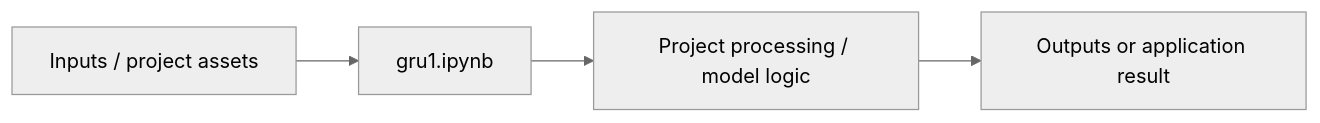
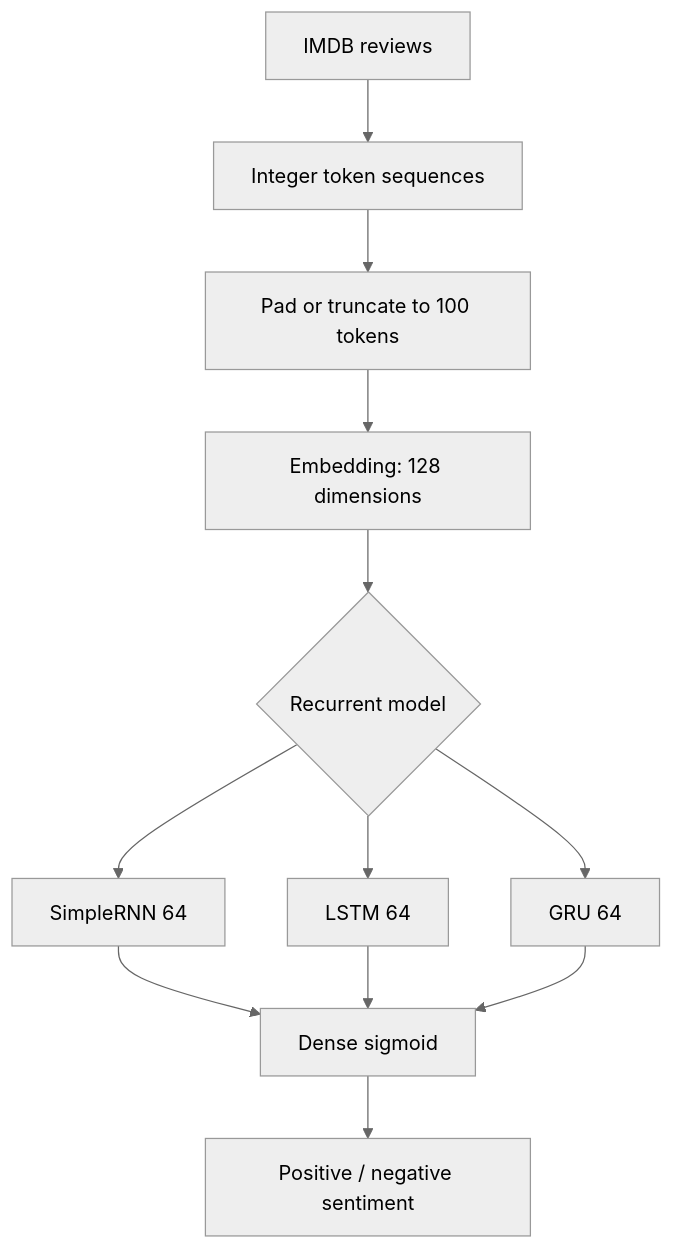
The diagram in DeepLearning/preditive/README.md (Rajkumar-Ai-Engineer/120_ProjectStreak), drawn with Mermaid (neutral theme) before and after one commit. The commit also changed other lines of this file, not shown here.

````diff
--- a/DeepLearning/preditive/README.md
+++ b/DeepLearning/preditive/README.md
@@ -21,6 +22,14 @@
 ```mermaid
-flowchart LR
-    I[Inputs / project assets] --> E[gru1.ipynb]
-    E --> P[Project processing / model logic]
-    P --> O[Outputs or application result]
+flowchart TD
+ A[IMDB reviews] --> B[Integer token sequences]
+ B --> C[Pad or truncate to 100 tokens]
+ C --> D[Embedding: 128 dimensions]
+ D --> E{Recurrent model}
+ E --> F[SimpleRNN 64]
+ E --> G[LSTM 64]
+ E --> H[GRU 64]
+ F --> I[Dense sigmoid]
+ G --> I
+ H --> I
+ I --> J[Positive / negative sentiment]
 ```
````
